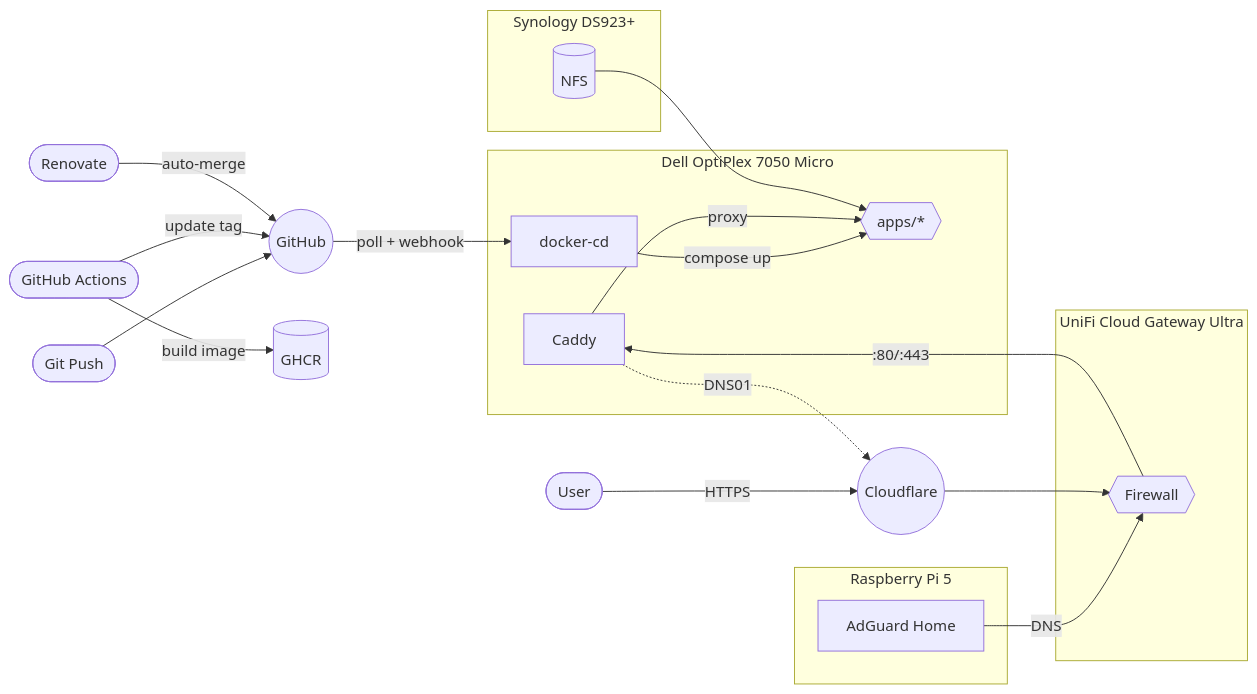
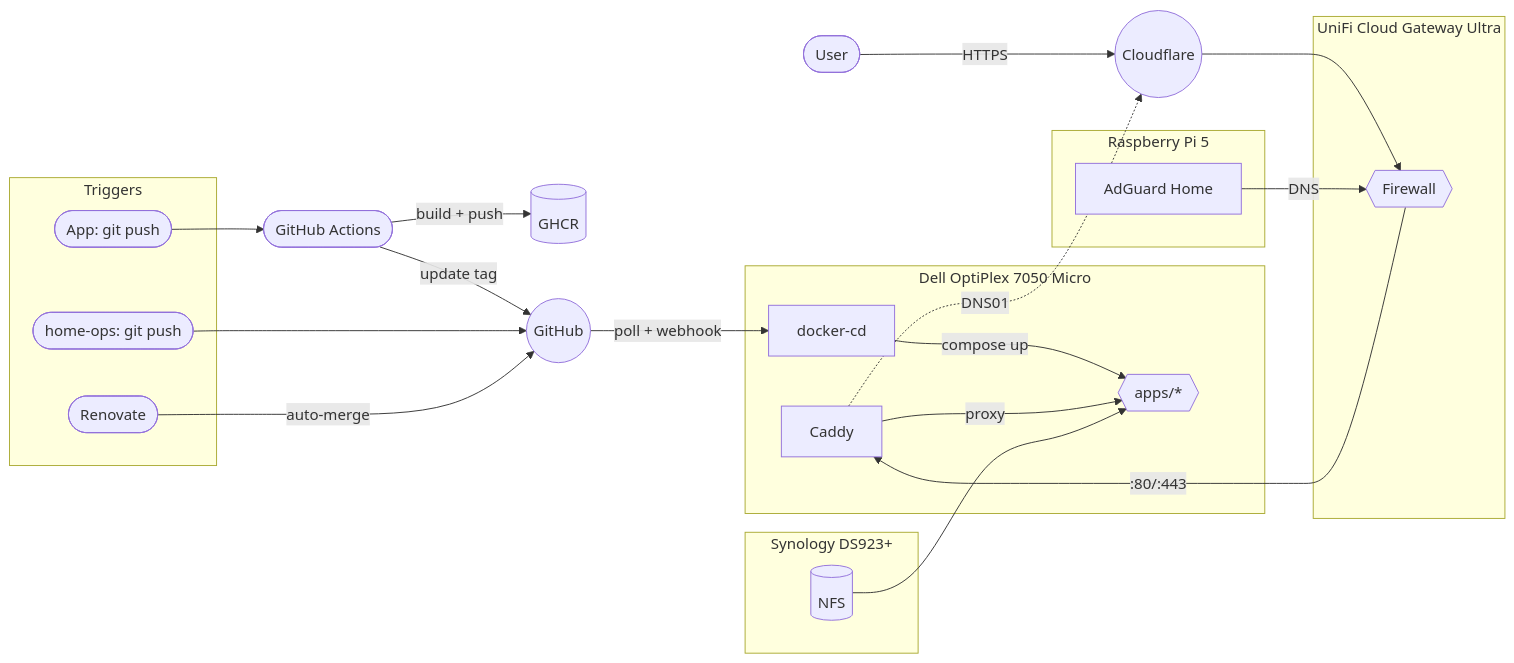
One commit to wajeht/home-ops changed the diagram in README.md. Above: the diagram before and after it, drawn with Mermaid.

Commit message:
docs: improve architecture diagram for clarity and accuracy

````diff
--- a/README.md
+++ b/README.md
@@ -16,32 +16,37 @@
 ```mermaid
 flowchart LR
-    git([Git Push]) --> github((GitHub))
-    actions([GitHub Actions]) -->|build image| ghcr[(GHCR)]
-    actions -->|update tag| github
-    renovate([Renovate]) -->|auto-merge| github
+    subgraph triggers[Triggers]
+        app_push([App: git push])
+        ops_push([home-ops: git push])
+        renovate([Renovate])
+    end
+
+    app_push --> ci([GitHub Actions]) -->|build + push| ghcr[(GHCR)]
+    ci -->|update tag| github((GitHub))
+    ops_push --> github
+    renovate -->|auto-merge| github
     github -->|poll + webhook| docker_cd
 
     subgraph dell[Dell OptiPlex 7050 Micro]
         docker_cd[docker-cd] -->|compose up| apps{{apps/*}}
         caddy[Caddy] -->|proxy| apps
     end
 
     subgraph nas[Synology DS923+]
         nfs[(NFS)]
     end
 
+    subgraph ucg[UniFi Cloud Gateway Ultra]
+        unifi{{Firewall}}
+    end
+
     subgraph pi[Raspberry Pi 5]
         adguard[AdGuard Home]
     end
 
-    subgraph ucg[UniFi Cloud Gateway Ultra]
-        unifi{{Firewall}}
-    end
-
     nfs --> apps
-    user([User]) -->|HTTPS| cf((Cloudflare))
+    user([User]) -->|HTTPS| cf((Cloudflare)) --> unifi
     adguard -->|DNS| unifi
-    cf --> unifi
     unifi -->|:80/:443| caddy
     caddy -.->|DNS01| cf
 ```
````
